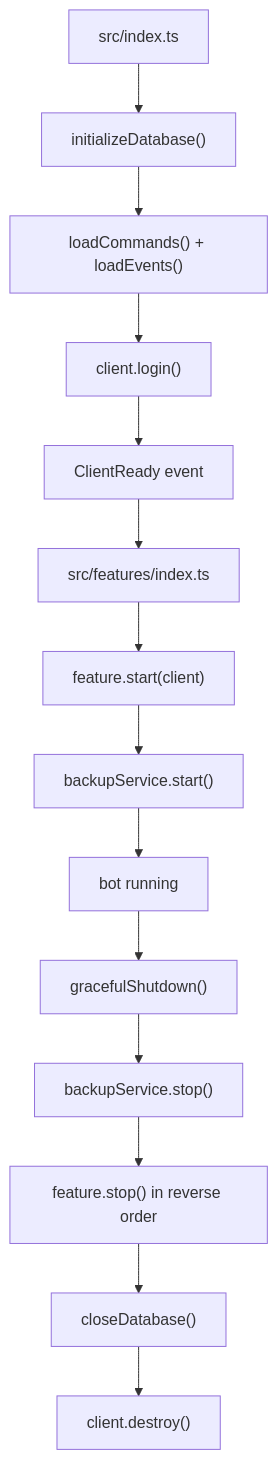
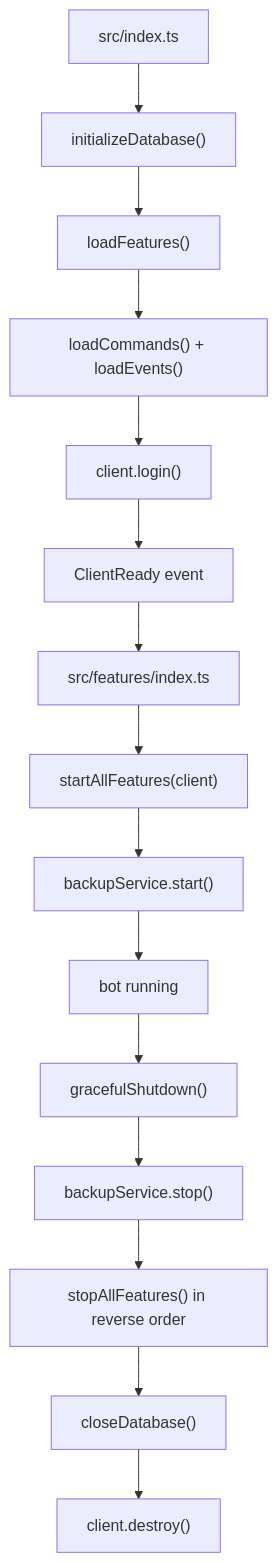
The second of 2 diagrams in docs/architecture.md (iam74k4/DiscordBot), drawn with Mermaid before and after one commit. The commit also changed other lines of this file and 86 other files, not shown here.

````diff
--- a/docs/architecture.md
+++ b/docs/architecture.md
@@ -79,16 +166,17 @@
 ```mermaid
 flowchart TD
   main["src/index.ts"] --> initDb["initializeDatabase()"]
-  initDb --> loadDiscord["loadCommands() + loadEvents()"]
+  initDb --> loadFeatures["loadFeatures()"]
+  loadFeatures --> loadDiscord["loadCommands() + loadEvents()"]
   loadDiscord --> login["client.login()"]
   login --> ready["ClientReady event"]
   ready --> featureRegistry["src/features/index.ts"]
-  featureRegistry --> featureStart["feature.start(client)"]
+  featureRegistry --> featureStart["startAllFeatures(client)"]
   featureStart --> backupStart["backupService.start()"]
   backupStart --> running["bot running"]
   running --> shutdown["gracefulShutdown()"]
   shutdown --> backupStop["backupService.stop()"]
-  backupStop --> featureStop["feature.stop() in reverse order"]
+  backupStop --> featureStop["stopAllFeatures() in reverse order"]
   featureStop --> closeDb["closeDatabase()"]
   closeDb --> destroyClient["client.destroy()"]
 ```
````
